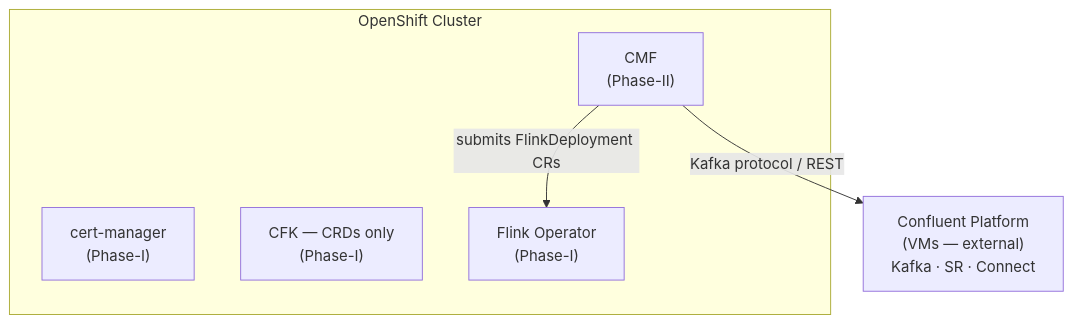
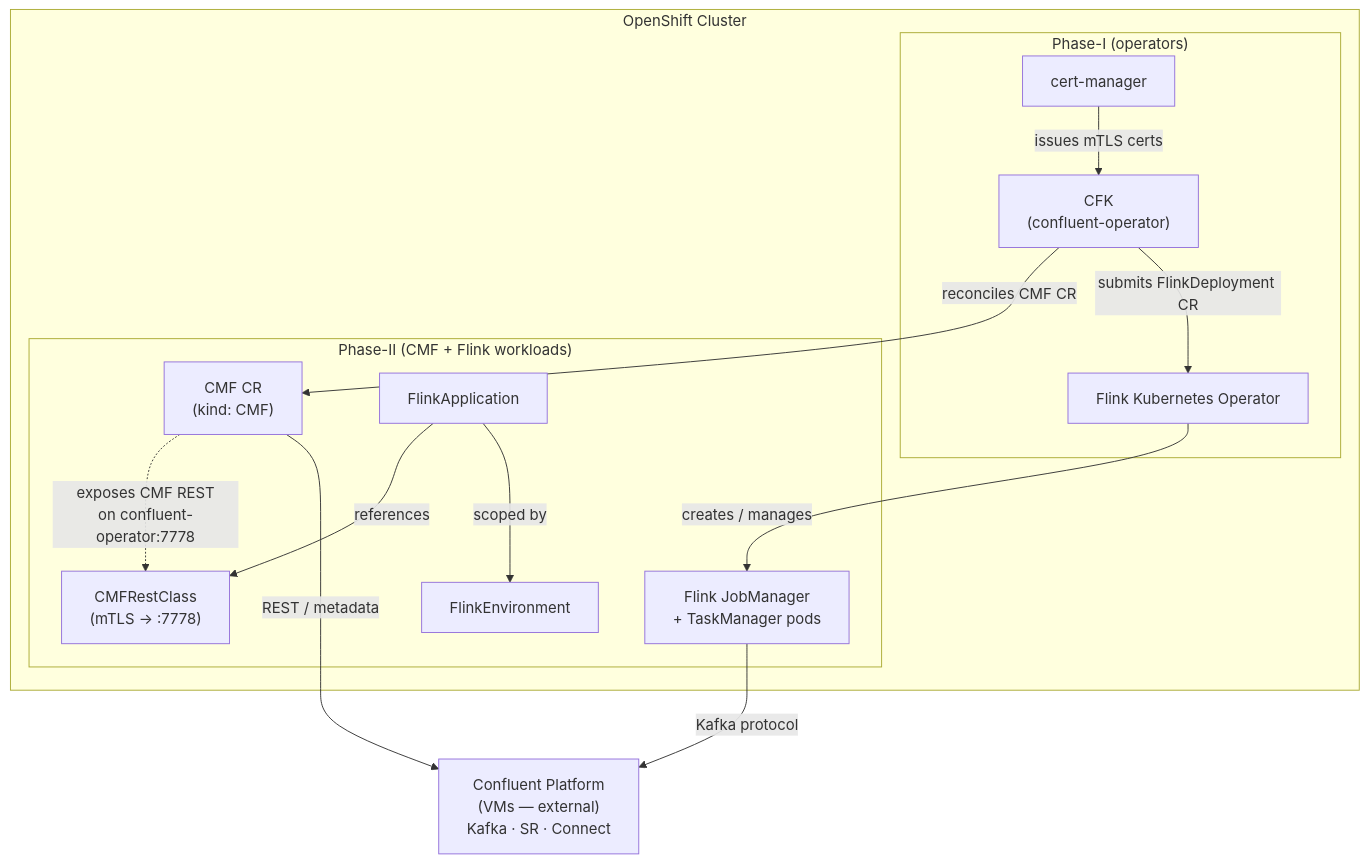
Before and after one commit to aadmassu/flink-on-k8s-with-cp: the first of 3 diagrams in README-PHASE-II.md, drawn with Mermaid. The commit also changed other lines of this file, not shown here.

First line of the commit message:
Update Phase-II architecture and decisions based on CMF CRD analysis

````diff
--- a/README-PHASE-II.md
+++ b/README-PHASE-II.md
@@ -44,15 +45,31 @@
 ```mermaid
 flowchart TD
     subgraph cluster["OpenShift Cluster"]
-        cm["cert-manager<br>(Phase-I)"]
-        cfk["CFK — CRDs only<br>(Phase-I)"]
-        fop["Flink Operator<br>(Phase-I)"]
-        cmf["CMF<br>(Phase-II)"]
+        subgraph phase1["Phase-I (operators)"]
+            cm["cert-manager"]
+            cfk["CFK<br>(confluent-operator)"]
+            fop["Flink Kubernetes Operator"]
+        end
 
-        cmf -- "submits FlinkDeployment CRs" --> fop
+        subgraph phase2["Phase-II (CMF + Flink workloads)"]
+            cmf["CMF CR<br>(kind: CMF)"]
+            restclass["CMFRestClass<br>(mTLS → :7778)"]
+            fenv["FlinkEnvironment"]
+            fapp["FlinkApplication"]
+            flink_pods["Flink JobManager<br>+ TaskManager pods"]
+        end
+
+        cm -- "issues mTLS certs" --> cfk
+        cfk -- "reconciles CMF CR" --> cmf
+        cmf -. "exposes CMF REST<br>on confluent-operator:7778" .-> restclass
+        fapp -- "references" --> restclass
+        fapp -- "scoped by" --> fenv
+        cfk -- "submits FlinkDeployment CR" --> fop
+        fop -- "creates / manages" --> flink_pods
     end
 
     cp["Confluent Platform<br>(VMs — external)<br>Kafka · SR · Connect"]
 
-    cmf -- "Kafka protocol / REST" --> cp
+    flink_pods -- "Kafka protocol" --> cp
+    cmf -- "REST / metadata" --> cp
 ```
````
